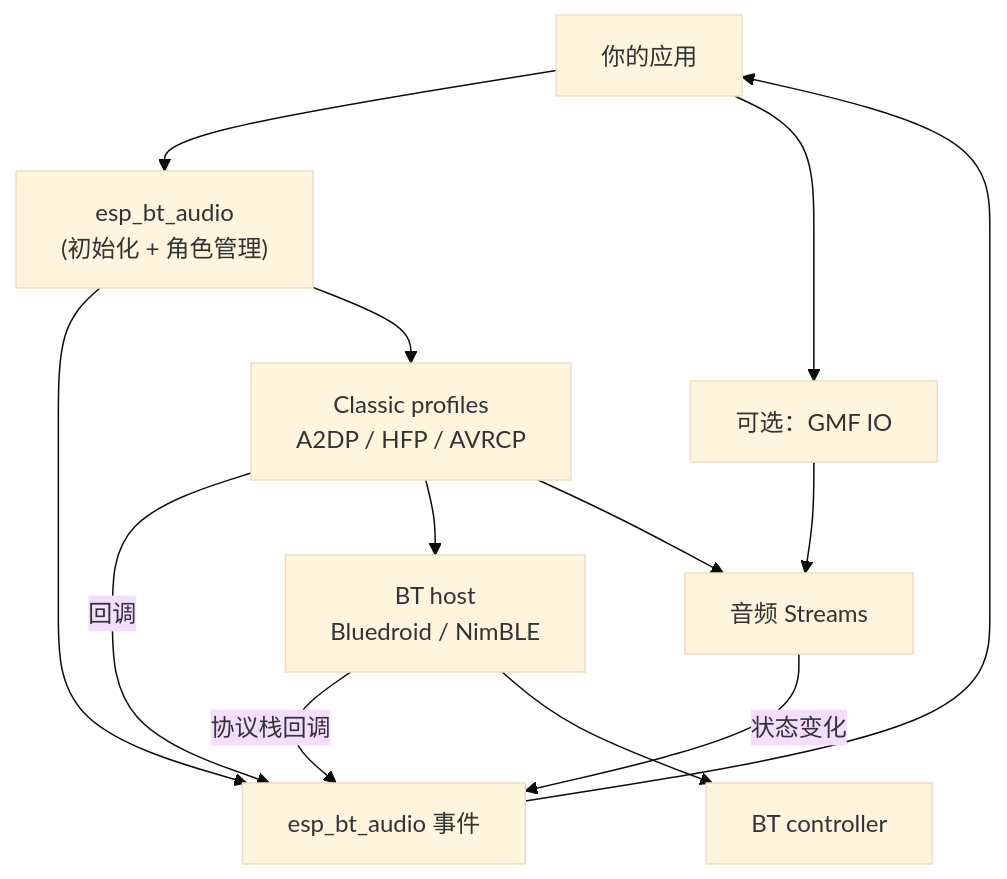
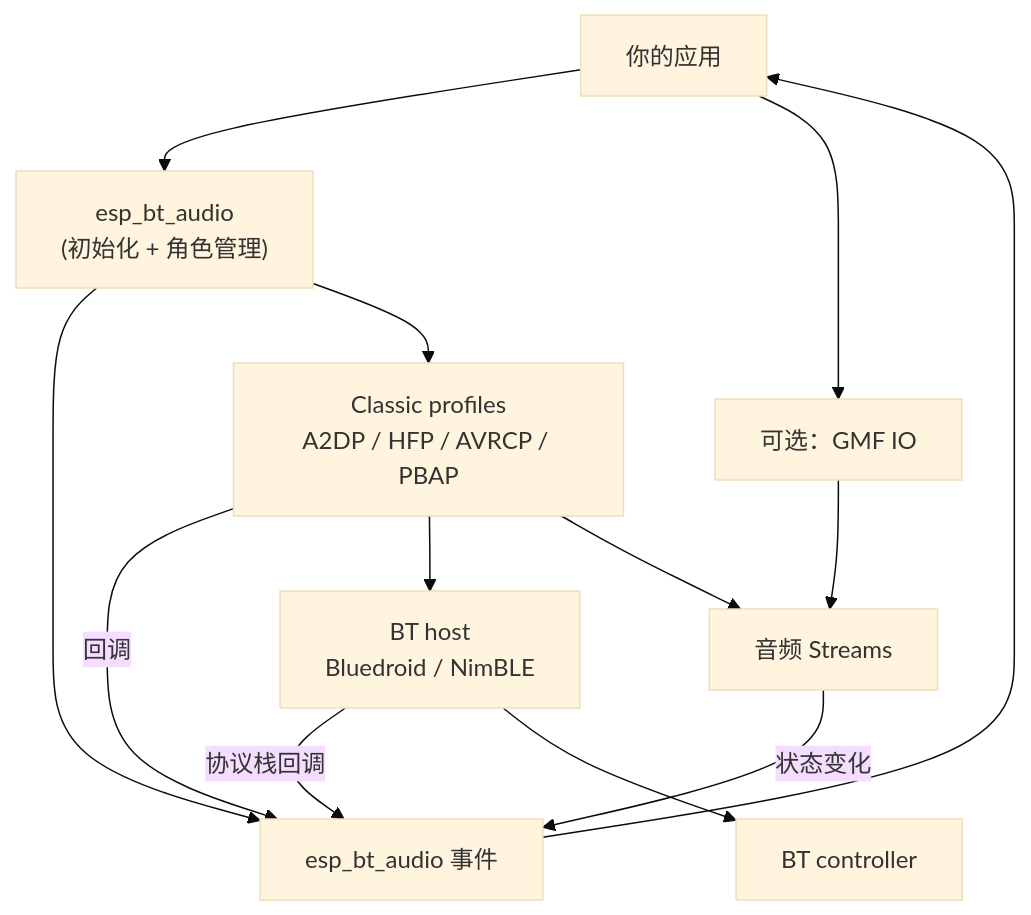
Before and after one commit to espressif/esp-gmf: the first of 6 diagrams in packages/esp_bt_audio/README_CN.md, drawn with Mermaid (base theme). The commit also changed other lines of this file and 19 other files, not shown here.

````diff
--- a/packages/esp_bt_audio/README_CN.md
+++ b/packages/esp_bt_audio/README_CN.md
@@ -42,20 +44,20 @@
 ```mermaid
 flowchart TB
   app["你的应用"]
   evt["esp_bt_audio 事件"]
   core["esp_bt_audio<br/>(初始化 + 角色管理)"]
   stream["音频 Streams"]
-  classic["Classic profiles<br/>A2DP / HFP / AVRCP"]
+  classic["Classic profiles<br/>A2DP / HFP / AVRCP / PBAP"]
   host["BT host<br/>Bluedroid / NimBLE"]
   ctrl["BT controller"]
   gmf["可选：GMF IO"]
 
   app --> core;
   core --> evt --> app;
   classic -- "回调" --> evt;
   host -- "协议栈回调" --> evt;
   core --> classic --> host --> ctrl;
   classic --> stream;
   stream -- "状态变化" --> evt;
   app --> gmf --> stream;
 ```
````
